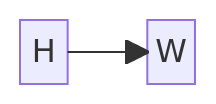
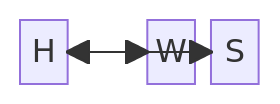
The diagram in README.md (cmcntsh/StatBayesAnalysisChecklist), drawn with Mermaid before and after one commit.

Commit message:
Add new relationships to the diagram in README

````diff
--- a/README.md
+++ b/README.md
@@ -7,7 +7,9 @@
 ```mermaid
 block
     H space W
     H-->W
+    S-->H
+    S-->W
     
 
 ```
````
